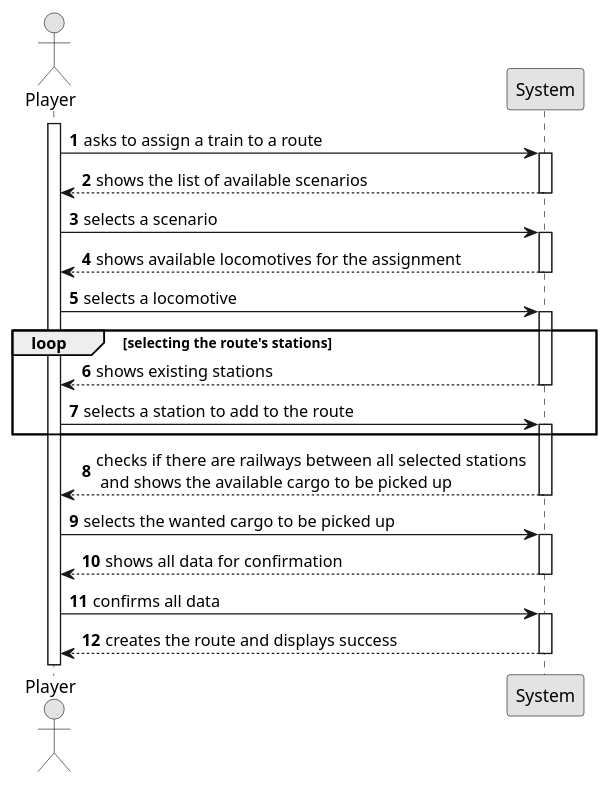
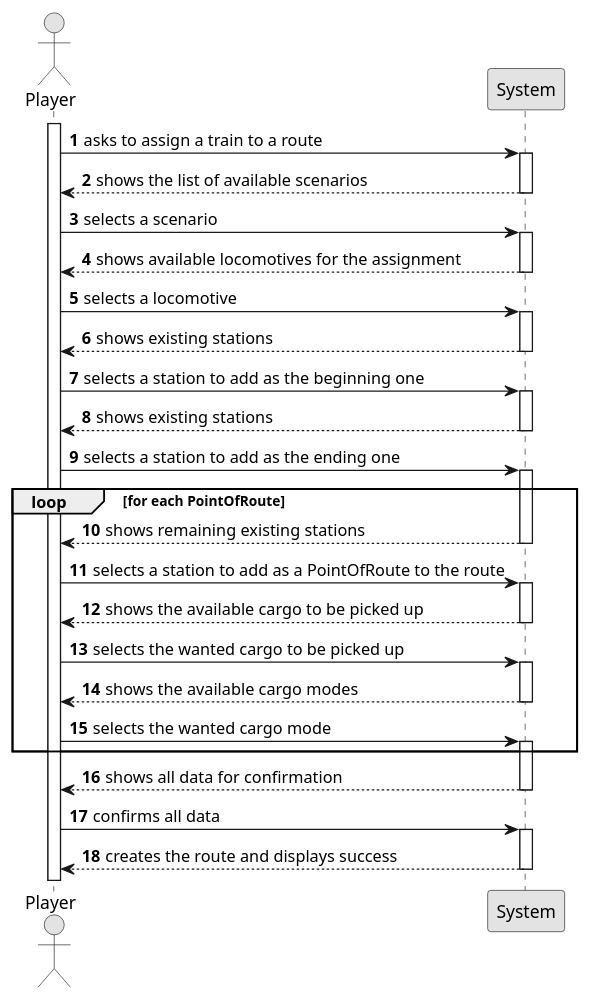
The diagram in docsFinais/US010/01.requirements-engineering/puml/US010-SSD.puml (1240935/pi2-railway-simulator), drawn with PlantUML before and after one commit. The commit also changed 106 other files, not shown here.

```diff
--- a/docsFinais/US010/01.requirements-engineering/puml/US010-SSD.puml
+++ b/docsFinais/US010/01.requirements-engineering/puml/US010-SSD.puml
@@ -1,52 +1,70 @@
 @startuml
 skinparam monochrome true
 skinparam packageStyle rectangle
 skinparam shadowing false
 
 autonumber
 
 actor "Player" as Employee
 participant "System" as System
 
 activate Employee
 
     Employee -> System : asks to assign a train to a route
     activate System
 
     System --> Employee : shows the list of available scenarios
     deactivate
 
     Employee -> System : selects a scenario
     activate System
 
         System --> Employee : shows available locomotives for the assignment
     deactivate System
 
     Employee -> System : selects a locomotive
     activate System
 
-    loop selecting the route's stations
+    System --> Employee : shows existing stations
+    deactivate System
+
+    Employee -> System : selects a station to add as the beginning one
+    activate System
 
     System --> Employee : shows existing stations
     deactivate System
 
-    Employee -> System : selects a station to add to the route
+    Employee -> System : selects a station to add as the ending one
     activate System
 
-    end loop
+    loop for each PointOfRoute
 
-    System --> Employee: checks if there are railways between all selected stations \n and shows the available cargo to be picked up
+    System --> Employee : shows remaining existing stations
+    deactivate System
+
+    Employee -> System : selects a station to add as a PointOfRoute to the route
+    activate System
+
+    System --> Employee: shows the available cargo to be picked up
     deactivate System
 
     Employee -> System: selects the wanted cargo to be picked up
     activate System
+
+    System --> Employee: shows the available cargo modes
+    deactivate System
+
+    Employee -> System: selects the wanted cargo mode
+    activate System
+
+    end loop
 
     System --> Employee: shows all data for confirmation
     deactivate System
 
     Employee -> System : confirms all data
     activate System
 
     System --> Employee : creates the route and displays success
     deactivate System
 @enduml
```
